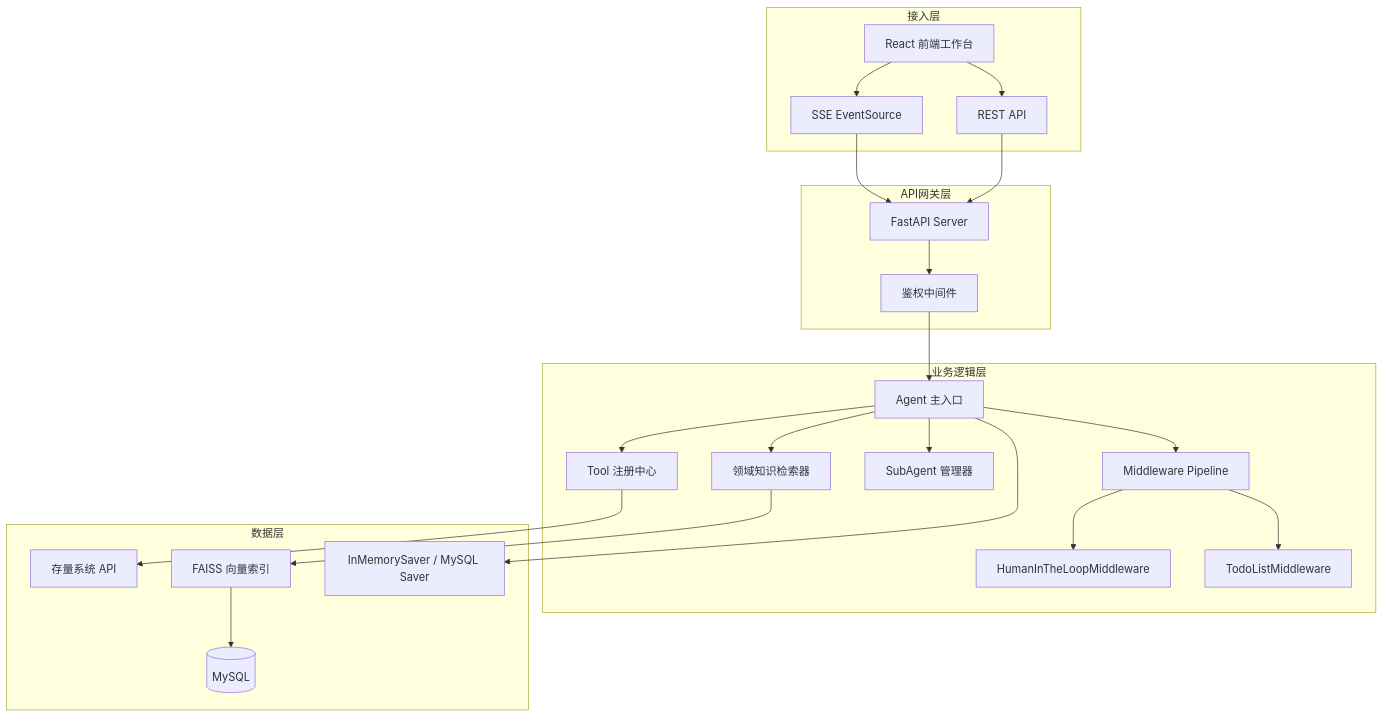
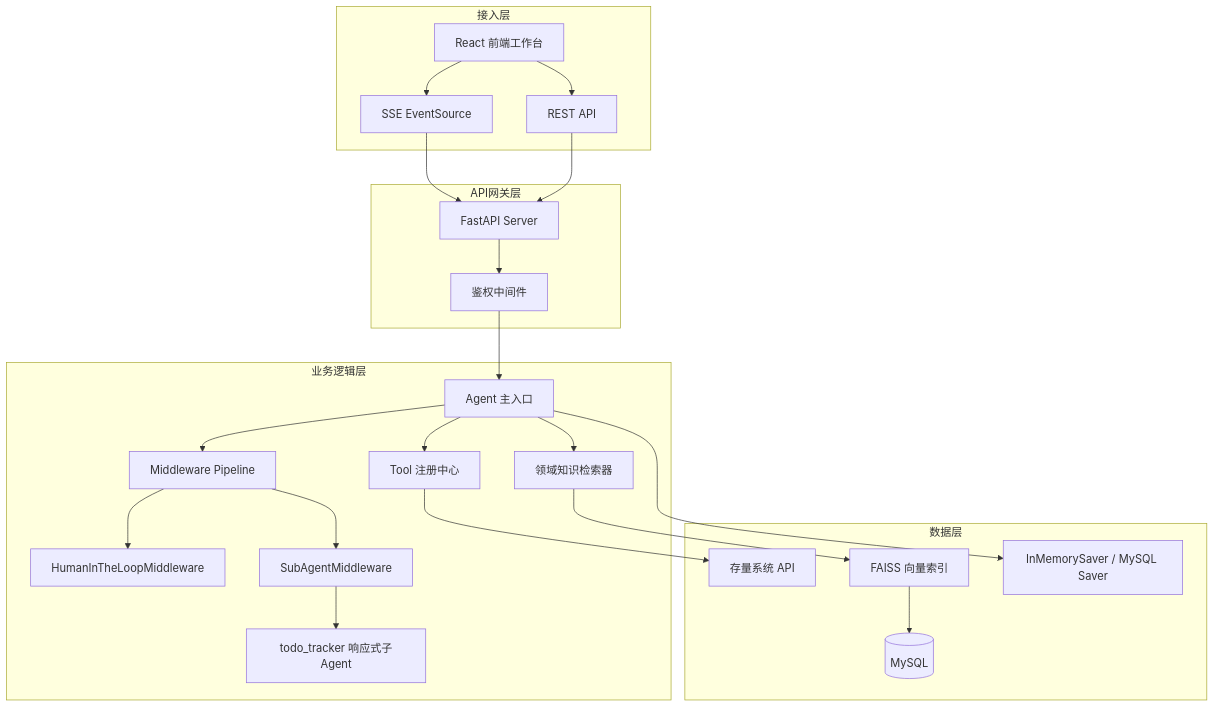
The second of 16 diagrams in 技术设计文档.md (suriyel/WINSAgent), drawn with Mermaid before and after one commit. The commit also changed other lines of this file, not shown here.

````diff
--- a/技术设计文档.md
+++ b/技术设计文档.md
@@ -89,30 +89,30 @@
 ```mermaid
 graph TD
     subgraph 接入层
         UI[React 前端工作台] --> SSE[SSE EventSource]
         UI --> REST[REST API]
     end
 
     subgraph API网关层
         SSE --> FastAPI[FastAPI Server]
         REST --> FastAPI
         FastAPI --> Auth[鉴权中间件]
     end
 
     subgraph 业务逻辑层
         Auth --> AgentCore[Agent 主入口]
         AgentCore --> Middleware[Middleware Pipeline]
         Middleware --> HITL[HumanInTheLoopMiddleware]
-        Middleware --> TodoMW[TodoListMiddleware]
+        Middleware --> SubAgentMW[SubAgentMiddleware]
+        SubAgentMW --> TodoTracker[todo_tracker 响应式子Agent]
         AgentCore --> ToolRegistry[Tool 注册中心]
-        AgentCore --> SubAgentMgr[SubAgent 管理器]
         AgentCore --> KnowledgeRetriever[领域知识检索器]
     end
 
     subgraph 数据层
         ToolRegistry --> LegacyAPI[存量系统 API]
         KnowledgeRetriever --> FAISSIndex[FAISS 向量索引]
         FAISSIndex --> MySQL[(MySQL)]
         AgentCore --> Checkpointer[InMemorySaver / MySQL Saver]
     end
 ```
````
